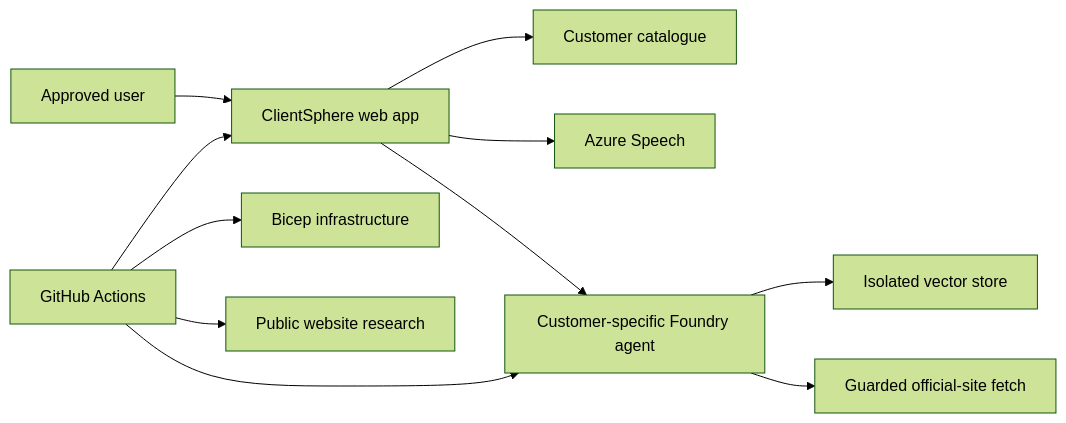
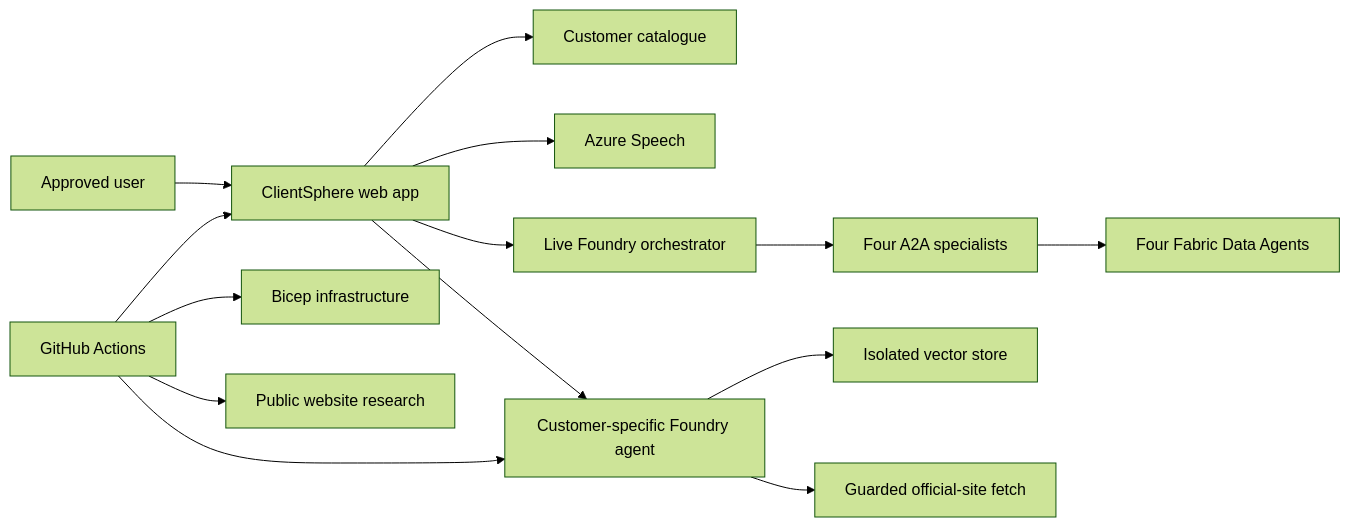
The diagram in README.md (jonnychipz/ClientSphere), drawn with Mermaid (forest theme) before and after one commit. The commit also changed other lines of this file and 25 other files, not shown here.

Commit message:
Add delegated live Fabric orchestration

````diff
--- a/README.md
+++ b/README.md
@@ -58,13 +59,16 @@
 ```mermaid
 flowchart LR
     U[Approved user] --> W[ClientSphere web app]
     W --> C[Customer catalogue]
     W --> S[Azure Speech]
     W --> A[Customer-specific Foundry agent]
+    W --> O[Live Foundry orchestrator]
+    O --> X[Four A2A specialists]
+    X --> D[Four Fabric Data Agents]
     A --> V[Isolated vector store]
     A --> F[Guarded official-site fetch]
     G[GitHub Actions] --> I[Bicep infrastructure]
     G --> R[Public website research]
     G --> A
     G --> W
 ```
````
